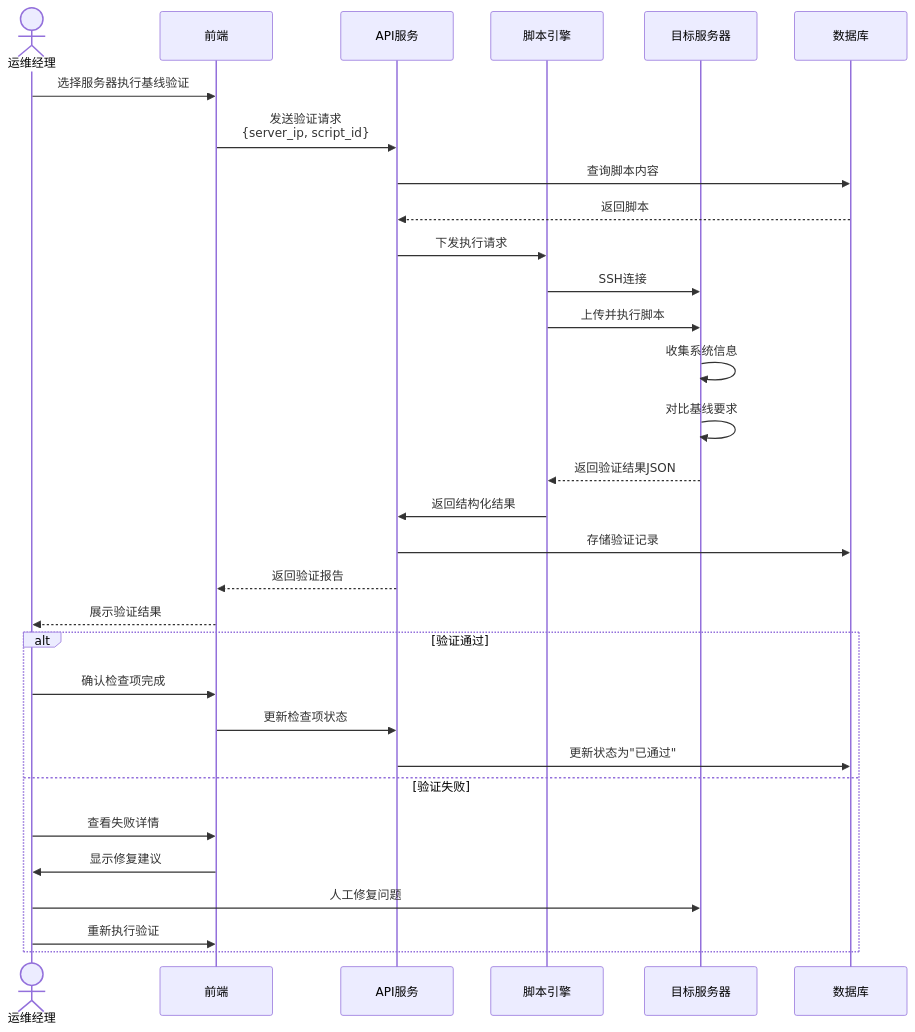
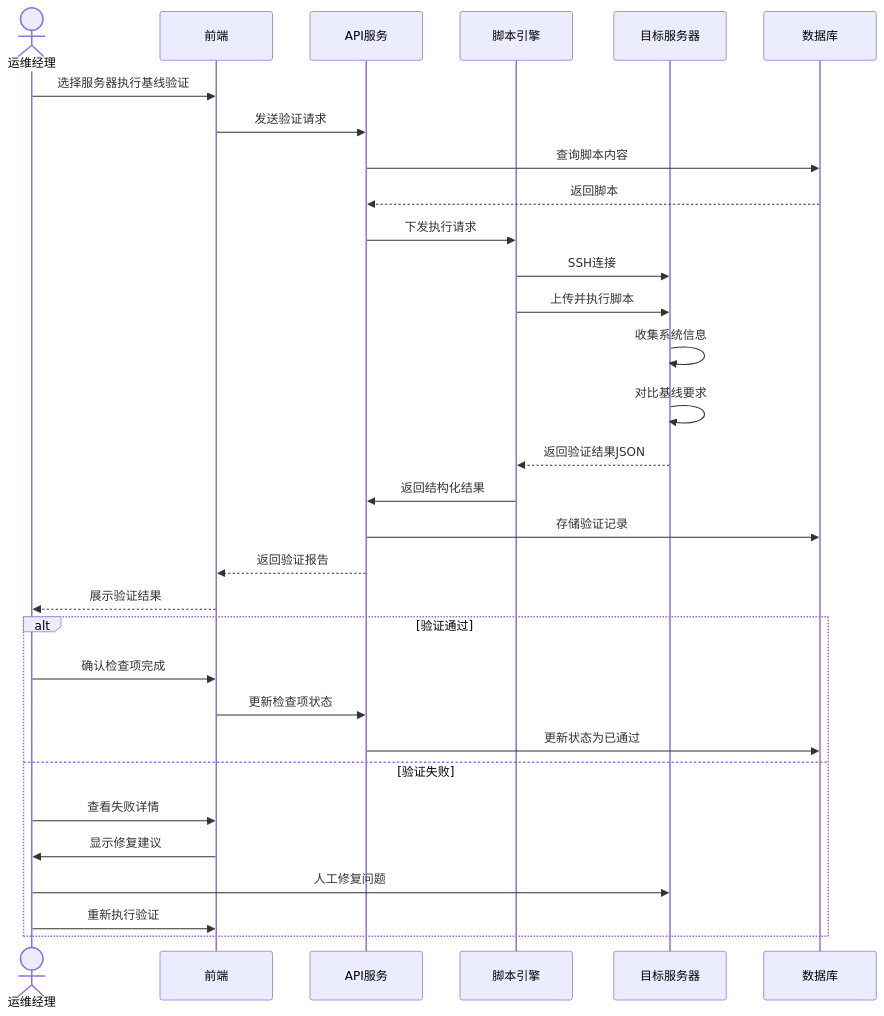
Diagram 15 of 17 in docs/workflow/business-flow.md (vickiechen1128/CRTAssistant_demo), drawn with Mermaid before and after one commit. The commit also changed other lines of this file and 19 other files, not shown here.

````diff
--- a/docs/workflow/business-flow.md
+++ b/docs/workflow/business-flow.md
@@ -241,37 +451,33 @@
 ```mermaid
 sequenceDiagram
     actor OM as 运维经理
     participant FE as 前端
     participant API as API服务
     participant Script as 脚本引擎
     participant Target as 目标服务器
     participant DB as 数据库
-    
     OM->>FE: 选择服务器执行基线验证
-    FE->>API: 发送验证请求<br/>{server_ip, script_id}
+    FE->>API: 发送验证请求
     API->>DB: 查询脚本内容
     DB-->>API: 返回脚本
     API->>Script: 下发执行请求
-    
     Script->>Target: SSH连接
     Script->>Target: 上传并执行脚本
     Target->>Target: 收集系统信息
     Target->>Target: 对比基线要求
     Target-->>Script: 返回验证结果JSON
-    
     Script->>API: 返回结构化结果
     API->>DB: 存储验证记录
     API-->>FE: 返回验证报告
     FE-->>OM: 展示验证结果
-    
     alt 验证通过
         OM->>FE: 确认检查项完成
         FE->>API: 更新检查项状态
-        API->>DB: 更新状态为"已通过"
+        API->>DB: 更新状态为已通过
     else 验证失败
         OM->>FE: 查看失败详情
         FE->>OM: 显示修复建议
         OM->>Target: 人工修复问题
         OM->>FE: 重新执行验证
     end
 ```
````
